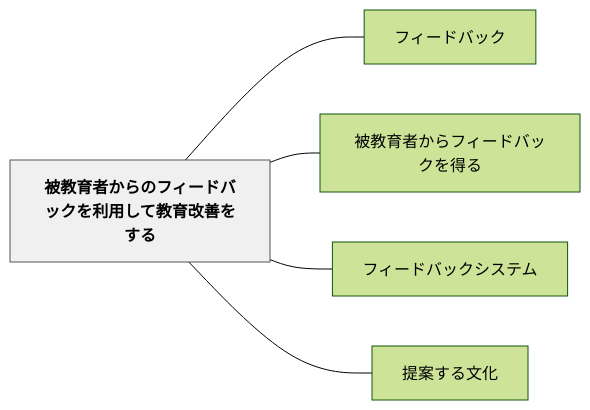
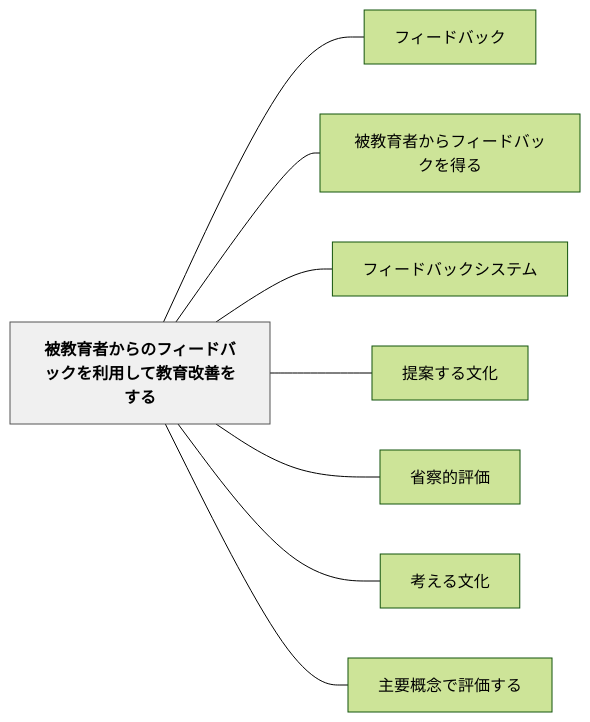
One commit to unknownthings-ed-patterns/unknownthings-ed-patterns changed the diagram in content/パタン/被教育者からのフィードバックを利用して教育改善をする.md. Above: the diagram before and after it, drawn with Mermaid (forest theme). The commit also changed 20 other files, not shown here.

````diff
--- a/content/パタン/被教育者からのフィードバックを利用して教育改善をする.md
+++ b/content/パタン/被教育者からのフィードバックを利用して教育改善をする.md
@@ -46,16 +43,22 @@
 ```mermaid
 flowchart LR
     ne8a2abe69599e882b2e88085e3818be38289e381aee38395e382a3e383bce38389e38390e38383e382afe38292e588a9e794a8e38197e381a6e69599e882b2e694b9e59684e38292e38199e3828b["被教育者からのフィードバックを利用して教育改善をする"]
     ne38395e382a3e383bce38389e38390e38383e382af["フィードバック"]
     ne8a2abe69599e882b2e88085e3818be38289e38395e382a3e383bce38389e38390e38383e382afe38292e5be97e3828b["被教育者からフィードバックを得る"]
     ne38395e382a3e383bce38389e38390e38383e382afe382b7e382b9e38386e383a0["フィードバックシステム"]
     ne68f90e6a188e38199e3828be69687e58c96["提案する文化"]
+    ne79c81e5af9fe79a84e8a995e4bea1["省察的評価"]
+    ne88083e38188e3828be69687e58c96["考える文化"]
+    ne4b8bbe8a681e6a682e5bfb5e381a7e8a995e4bea1e38199e3828b["主要概念で評価する"]
 
     ne8a2abe69599e882b2e88085e3818be38289e381aee38395e382a3e383bce38389e38390e38383e382afe38292e588a9e794a8e38197e381a6e69599e882b2e694b9e59684e38292e38199e3828b --- ne38395e382a3e383bce38389e38390e38383e382af
     ne8a2abe69599e882b2e88085e3818be38289e381aee38395e382a3e383bce38389e38390e38383e382afe38292e588a9e794a8e38197e381a6e69599e882b2e694b9e59684e38292e38199e3828b --- ne8a2abe69599e882b2e88085e3818be38289e38395e382a3e383bce38389e38390e38383e382afe38292e5be97e3828b
     ne8a2abe69599e882b2e88085e3818be38289e381aee38395e382a3e383bce38389e38390e38383e382afe38292e588a9e794a8e38197e381a6e69599e882b2e694b9e59684e38292e38199e3828b --- ne38395e382a3e383bce38389e38390e38383e382afe382b7e382b9e38386e383a0
     ne8a2abe69599e882b2e88085e3818be38289e381aee38395e382a3e383bce38389e38390e38383e382afe38292e588a9e794a8e38197e381a6e69599e882b2e694b9e59684e38292e38199e3828b --- ne68f90e6a188e38199e3828be69687e58c96
+    ne8a2abe69599e882b2e88085e3818be38289e381aee38395e382a3e383bce38389e38390e38383e382afe38292e588a9e794a8e38197e381a6e69599e882b2e694b9e59684e38292e38199e3828b --- ne79c81e5af9fe79a84e8a995e4bea1
+    ne8a2abe69599e882b2e88085e3818be38289e381aee38395e382a3e383bce38389e38390e38383e382afe38292e588a9e794a8e38197e381a6e69599e882b2e694b9e59684e38292e38199e3828b --- ne88083e38188e3828be69687e58c96
+    ne8a2abe69599e882b2e88085e3818be38289e381aee38395e382a3e383bce38389e38390e38383e382afe38292e588a9e794a8e38197e381a6e69599e882b2e694b9e59684e38292e38199e3828b --- ne4b8bbe8a681e6a682e5bfb5e381a7e8a995e4bea1e38199e3828b
 
     classDef hub fill:#f0f0f0,stroke:#555,color:#000,font-weight:bold
     class ne8a2abe69599e882b2e88085e3818be38289e381aee38395e382a3e383bce38389e38390e38383e382afe38292e588a9e794a8e38197e381a6e69599e882b2e694b9e59684e38292e38199e3828b hub
 ```
````
